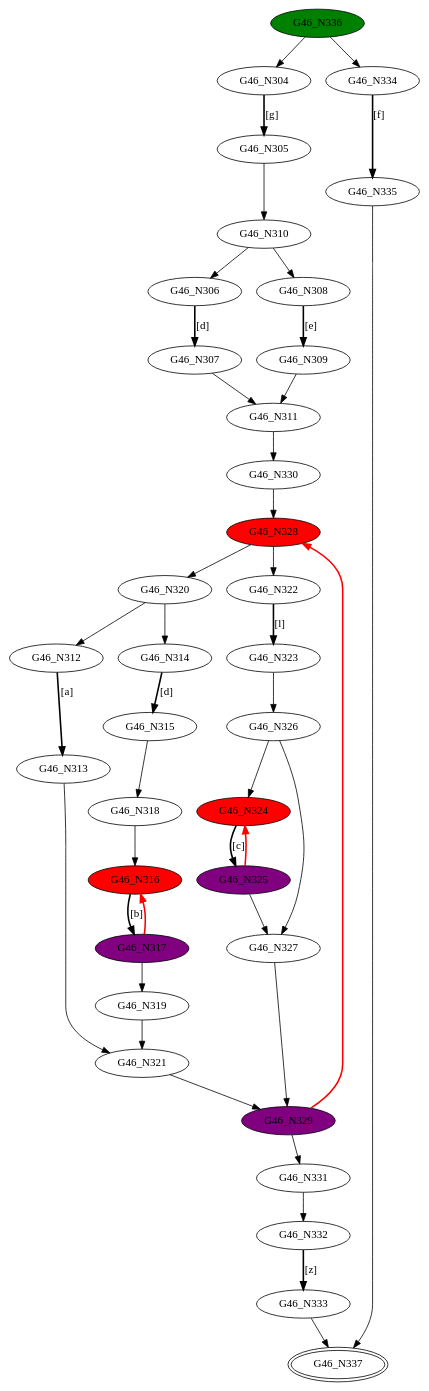
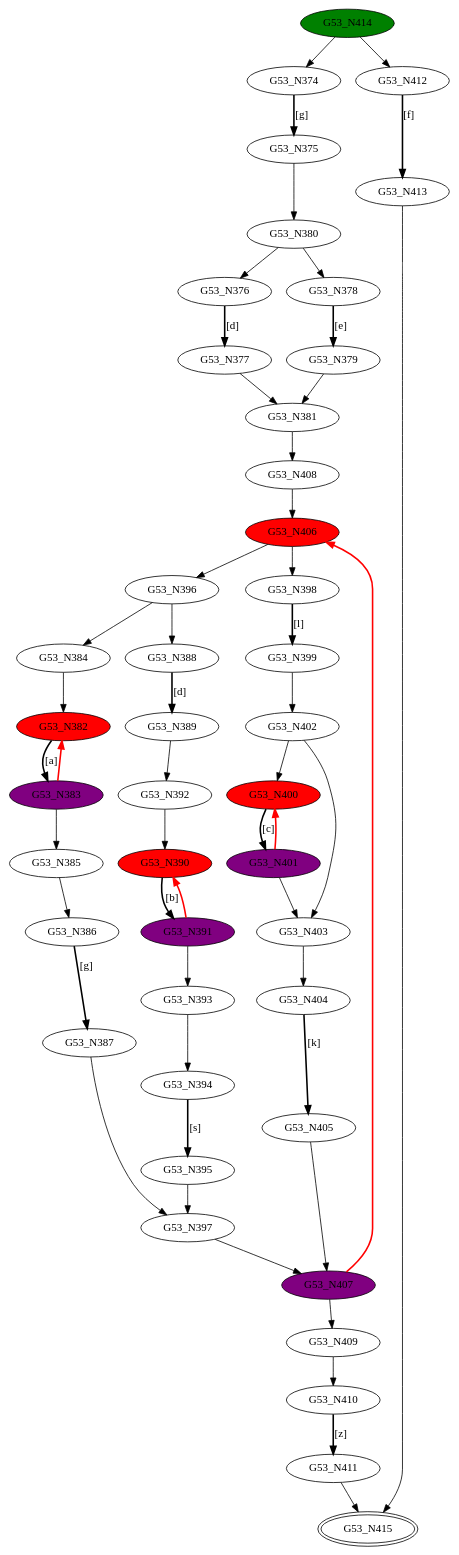
The diagram in DFASimulator/Testbench/merge4.dot (GDimitroulakos/EDUFLEX), drawn with Graphviz before and after one commit. The commit also changed 51 other files, not shown here.

```diff
--- a/DFASimulator/Testbench/merge4.dot
+++ b/DFASimulator/Testbench/merge4.dot
@@ -1,77 +1,94 @@
-digraph G46{
-"G46_N304";
-"G46_N305";
-"G46_N306";
-"G46_N307";
-"G46_N308";
-"G46_N309";
-"G46_N310";
-"G46_N311";
-"G46_N312";
-"G46_N313";
-"G46_N314";
-"G46_N315";
-"G46_N316" [style=filled,fillcolor=red];
-"G46_N317" [style=filled,fillcolor=purple];
-"G46_N318";
-"G46_N319";
-"G46_N320";
-"G46_N321";
-"G46_N322";
-"G46_N323";
-"G46_N324" [style=filled,fillcolor=red];
-"G46_N325" [style=filled,fillcolor=purple];
-"G46_N326";
-"G46_N327";
-"G46_N328" [style=filled,fillcolor=red];
-"G46_N329" [style=filled,fillcolor=purple];
-"G46_N330";
-"G46_N331";
-"G46_N332";
-"G46_N333";
-"G46_N334";
-"G46_N335";
-"G46_N336" [style=filled,fillcolor=green];
-"G46_N337" [peripheries=2];
-"G46_N304"->"G46_N305" [style = bold, label = "[g]"];
-"G46_N306"->"G46_N307" [style = bold, label = "[d]"];
-"G46_N308"->"G46_N309" [style = bold, label = "[e]"];
-"G46_N310"->"G46_N306";
-"G46_N310"->"G46_N308";
-"G46_N309"->"G46_N311";
-"G46_N307"->"G46_N311";
-"G46_N305"->"G46_N310";
-"G46_N312"->"G46_N313" [style = bold, label = "[a]"];
-"G46_N314"->"G46_N315" [style = bold, label = "[d]"];
-"G46_N316"->"G46_N317" [style = bold, label = "[b]"];
-"G46_N318"->"G46_N316";
-"G46_N317"->"G46_N319";
-"G46_N317"->"G46_N316" [color=red,style = bold, label = ""];
-"G46_N315"->"G46_N318";
-"G46_N320"->"G46_N312";
-"G46_N320"->"G46_N314";
-"G46_N319"->"G46_N321";
-"G46_N313"->"G46_N321";
-"G46_N322"->"G46_N323" [style = bold, label = "[l]"];
-"G46_N324"->"G46_N325" [style = bold, label = "[c]"];
-"G46_N326"->"G46_N324";
-"G46_N325"->"G46_N327";
-"G46_N326"->"G46_N327";
-"G46_N325"->"G46_N324" [color=red,style = bold, label = ""];
-"G46_N323"->"G46_N326";
-"G46_N328"->"G46_N320";
-"G46_N328"->"G46_N322";
-"G46_N327"->"G46_N329";
-"G46_N321"->"G46_N329";
-"G46_N330"->"G46_N328";
-"G46_N329"->"G46_N331";
-"G46_N329"->"G46_N328" [color=red,style = bold, label = ""];
-"G46_N311"->"G46_N330";
-"G46_N332"->"G46_N333" [style = bold, label = "[z]"];
-"G46_N331"->"G46_N332";
-"G46_N334"->"G46_N335" [style = bold, label = "[f]"];
-"G46_N336"->"G46_N304";
-"G46_N336"->"G46_N334";
-"G46_N335"->"G46_N337";
-"G46_N333"->"G46_N337";
+digraph G53{
+"G53_N374";
+"G53_N375";
+"G53_N376";
+"G53_N377";
+"G53_N378";
+"G53_N379";
+"G53_N380";
+"G53_N381";
+"G53_N382" [style=filled,fillcolor=red];
+"G53_N383" [style=filled,fillcolor=purple];
+"G53_N384";
+"G53_N385";
+"G53_N386";
+"G53_N387";
+"G53_N388";
+"G53_N389";
+"G53_N390" [style=filled,fillcolor=red];
+"G53_N391" [style=filled,fillcolor=purple];
+"G53_N392";
+"G53_N393";
+"G53_N394";
+"G53_N395";
+"G53_N396";
+"G53_N397";
+"G53_N398";
+"G53_N399";
+"G53_N400" [style=filled,fillcolor=red];
+"G53_N401" [style=filled,fillcolor=purple];
+"G53_N402";
+"G53_N403";
+"G53_N404";
+"G53_N405";
+"G53_N406" [style=filled,fillcolor=red];
+"G53_N407" [style=filled,fillcolor=purple];
+"G53_N408";
+"G53_N409";
+"G53_N410";
+"G53_N411";
+"G53_N412";
+"G53_N413";
+"G53_N414" [style=filled,fillcolor=green];
+"G53_N415" [peripheries=2];
+"G53_N374"->"G53_N375" [style = bold, label = "[g]"];
+"G53_N376"->"G53_N377" [style = bold, label = "[d]"];
+"G53_N378"->"G53_N379" [style = bold, label = "[e]"];
+"G53_N380"->"G53_N376";
+"G53_N380"->"G53_N378";
+"G53_N379"->"G53_N381";
+"G53_N377"->"G53_N381";
+"G53_N375"->"G53_N380";
+"G53_N382"->"G53_N383" [style = bold, label = "[a]"];
+"G53_N384"->"G53_N382";
+"G53_N383"->"G53_N385";
+"G53_N383"->"G53_N382" [color=red,style = bold, label = ""];
+"G53_N386"->"G53_N387" [style = bold, label = "[g]"];
+"G53_N385"->"G53_N386";
+"G53_N388"->"G53_N389" [style = bold, label = "[d]"];
+"G53_N390"->"G53_N391" [style = bold, label = "[b]"];
+"G53_N392"->"G53_N390";
+"G53_N391"->"G53_N393";
+"G53_N391"->"G53_N390" [color=red,style = bold, label = ""];
+"G53_N389"->"G53_N392";
+"G53_N394"->"G53_N395" [style = bold, label = "[s]"];
+"G53_N393"->"G53_N394";
+"G53_N396"->"G53_N384";
+"G53_N396"->"G53_N388";
+"G53_N395"->"G53_N397";
+"G53_N387"->"G53_N397";
+"G53_N398"->"G53_N399" [style = bold, label = "[l]"];
+"G53_N400"->"G53_N401" [style = bold, label = "[c]"];
+"G53_N402"->"G53_N400";
+"G53_N401"->"G53_N403";
+"G53_N402"->"G53_N403";
+"G53_N401"->"G53_N400" [color=red,style = bold, label = ""];
+"G53_N399"->"G53_N402";
+"G53_N404"->"G53_N405" [style = bold, label = "[k]"];
+"G53_N403"->"G53_N404";
+"G53_N406"->"G53_N396";
+"G53_N406"->"G53_N398";
+"G53_N405"->"G53_N407";
+"G53_N397"->"G53_N407";
+"G53_N408"->"G53_N406";
+"G53_N407"->"G53_N409";
+"G53_N407"->"G53_N406" [color=red,style = bold, label = ""];
+"G53_N381"->"G53_N408";
+"G53_N410"->"G53_N411" [style = bold, label = "[z]"];
+"G53_N409"->"G53_N410";
+"G53_N412"->"G53_N413" [style = bold, label = "[f]"];
+"G53_N414"->"G53_N374";
+"G53_N414"->"G53_N412";
+"G53_N413"->"G53_N415";
+"G53_N411"->"G53_N415";
 }
```
